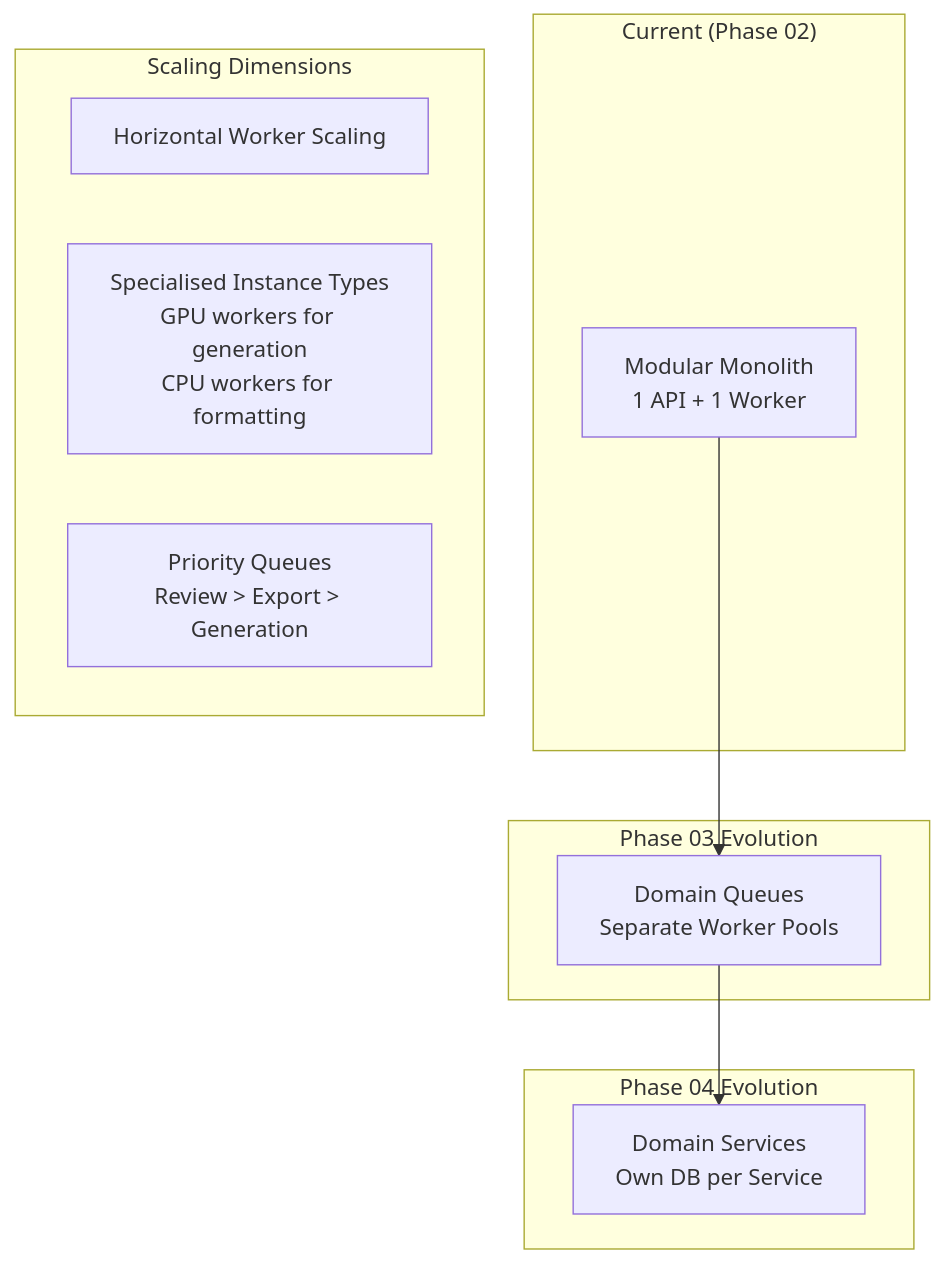
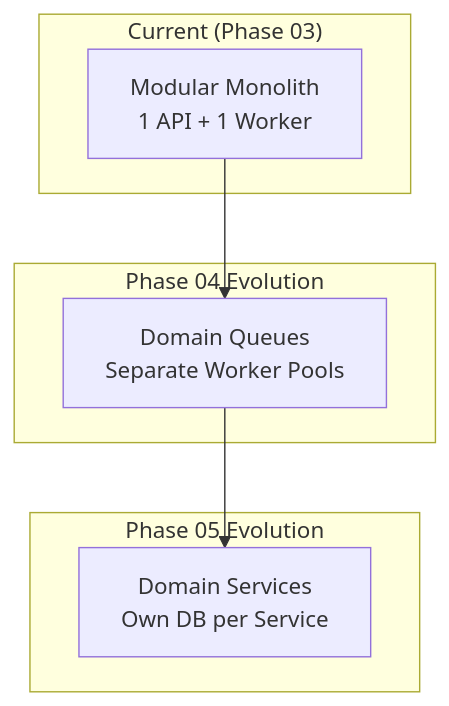
One commit to dsk-dev-ai/bookforge-ai changed the eighth of 8 diagrams in docs/ARCHITECTURE.md. Above: the diagram before and after it, drawn with Mermaid. The commit also changed other lines of this file and 33 other files, not shown here.

````diff
--- a/docs/ARCHITECTURE.md
+++ b/docs/ARCHITECTURE.md
@@ -818,23 +472,17 @@
 ```mermaid
 graph TB
-    subgraph "Current (Phase 02)"
+    subgraph "Current (Phase 03)"
         MONO[Modular Monolith<br/>1 API + 1 Worker]
     end
 
-    subgraph "Phase 03 Evolution"
+    subgraph "Phase 04 Evolution"
         SPLIT[Domain Queues<br/>Separate Worker Pools]
     end
 
-    subgraph "Phase 04 Evolution"
+    subgraph "Phase 05 Evolution"
         MICRO[Domain Services<br/>Own DB per Service]
     end
 
     MONO --> SPLIT
     SPLIT --> MICRO
-
-    subgraph "Scaling Dimensions"
-        HORIZONTAL[Horizontal Worker Scaling]
-        VERTICAL[Specialised Instance Types<br/>GPU workers for generation<br/>CPU workers for formatting]
-        QUEUE_PRIORITY[Priority Queues<br/>Review > Export > Generation]
-    end
 ```
````
